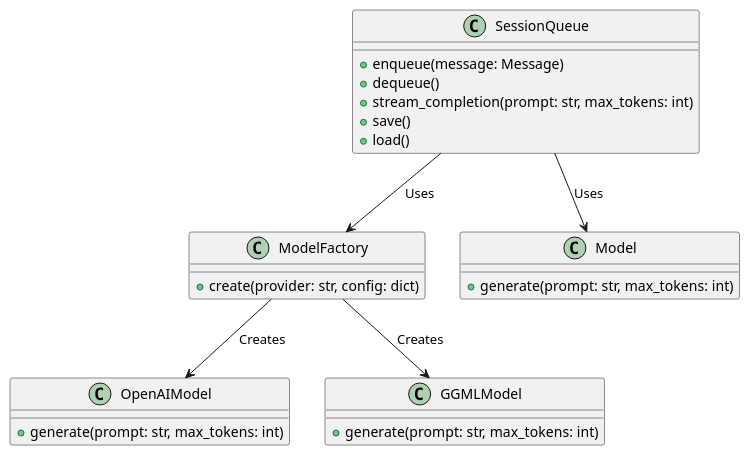
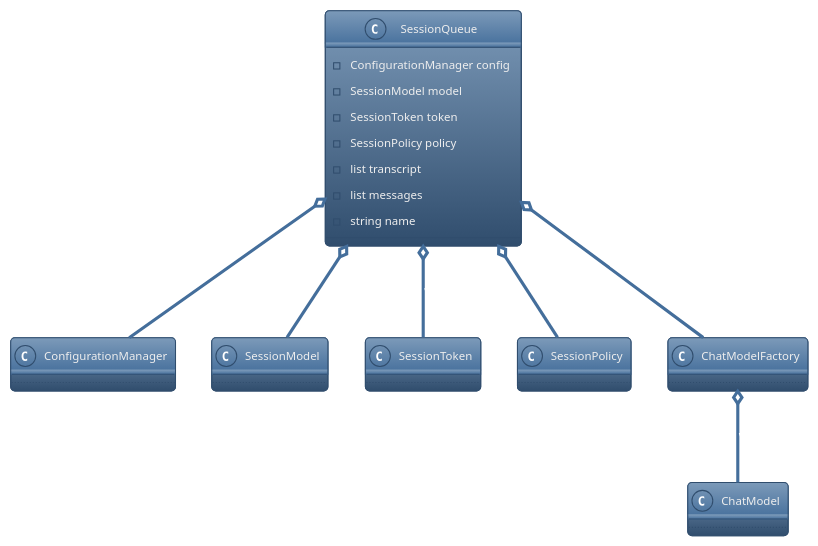
The diagram in docs/diagrams/plantuml/session_queue.puml (teleprint-me/py.gpt.prompt), drawn with PlantUML before and after one commit.

Commit message:
docs: Refactor SessionQueue diagram

```diff
--- a/docs/diagrams/plantuml/session_queue.puml
+++ b/docs/diagrams/plantuml/session_queue.puml
@@ -1,34 +1,48 @@
 @startuml
+!theme spacelab
+
 ' Define classes
 
 class SessionQueue {
-  +enqueue(message: Message)
-  +dequeue()
-  +stream_completion(prompt: str, max_tokens: int)
-  +save()
-  +load()
+  - ConfigurationManager config
+  - SessionModel model
+  - SessionToken token
+  - SessionPolicy policy
+  - list transcript
+  - list messages
+  - string name
 }
 
-class ModelFactory {
-  +create(provider: str, config: dict)
+class ConfigurationManager {
+  ..
 }
 
-class Model {
-  +generate(prompt: str, max_tokens: int)
+class SessionModel {
+  ..
 }
 
-class OpenAIModel {
-  +generate(prompt: str, max_tokens: int)
+class SessionToken {
+  ..
 }
 
-class GGMLModel {
-  +generate(prompt: str, max_tokens: int)
+class SessionPolicy {
+  ..
+}
+
+class ChatModelFactory {
+  ..
+}
+
+class ChatModel {
+  ..
 }
 
 ' Define relationships
 
-SessionQueue --> ModelFactory : Uses
-SessionQueue --> Model : Uses
-ModelFactory --> OpenAIModel : Creates
-ModelFactory --> GGMLModel : Creates
+SessionQueue o-- ConfigurationManager : uses >
+SessionQueue o-- SessionModel : uses >
+SessionQueue o-- SessionToken : uses >
+SessionQueue o-- SessionPolicy : uses >
+SessionQueue o-- ChatModelFactory : uses >
+ChatModelFactory o-- ChatModel : creates >
 @enduml
```
